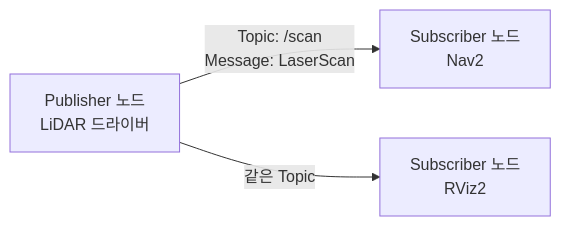
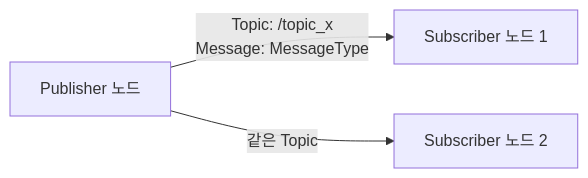
One commit to codebaragi23/ROS2-doc changed the diagram in ROS2 기초/03_Topic과_Message.md. Above: the diagram before and after it, drawn with Mermaid. The commit also changed other lines of this file and 17 other files, not shown here.

````diff
--- a/ROS2 기초/03_Topic과_Message.md
+++ b/ROS2 기초/03_Topic과_Message.md
@@ -67,9 +67,6 @@
 ```mermaid
 flowchart LR
-    P[Publisher 노드
-LiDAR 드라이버] -->|Topic: /scan
-Message: LaserScan| S1[Subscriber 노드
-Nav2]
-    P -->|같은 Topic| S2[Subscriber 노드
-RViz2]
+    P[Publisher 노드] -->|Topic: /topic_x
+Message: MessageType| S1[Subscriber 노드 1]
+    P -->|같은 Topic| S2[Subscriber 노드 2]
 ```
````
